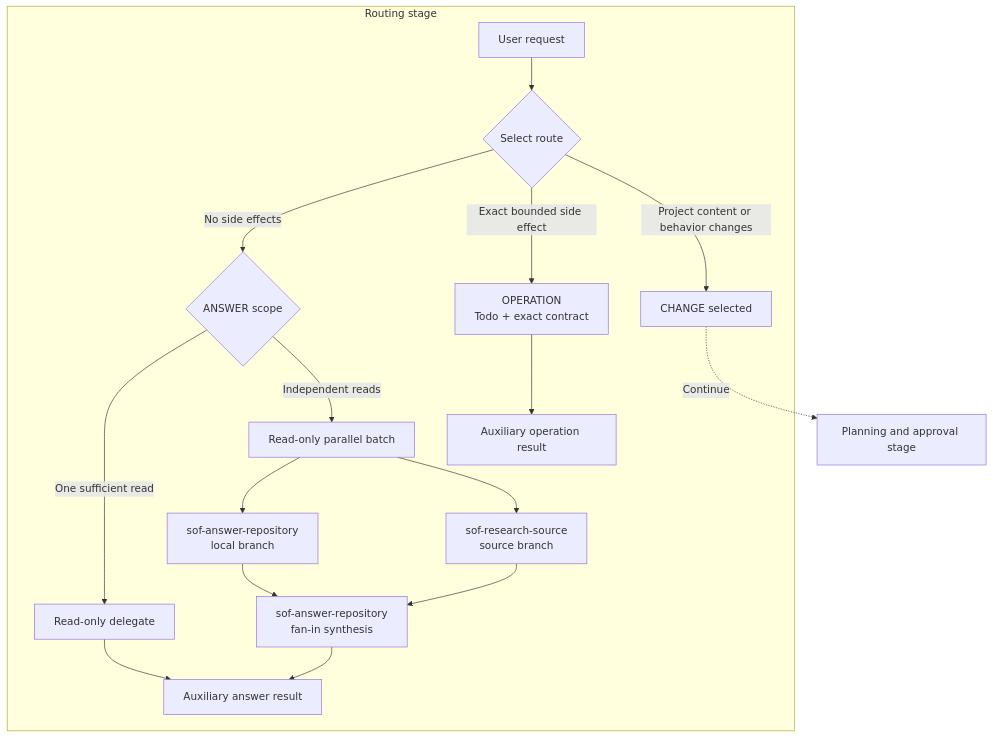
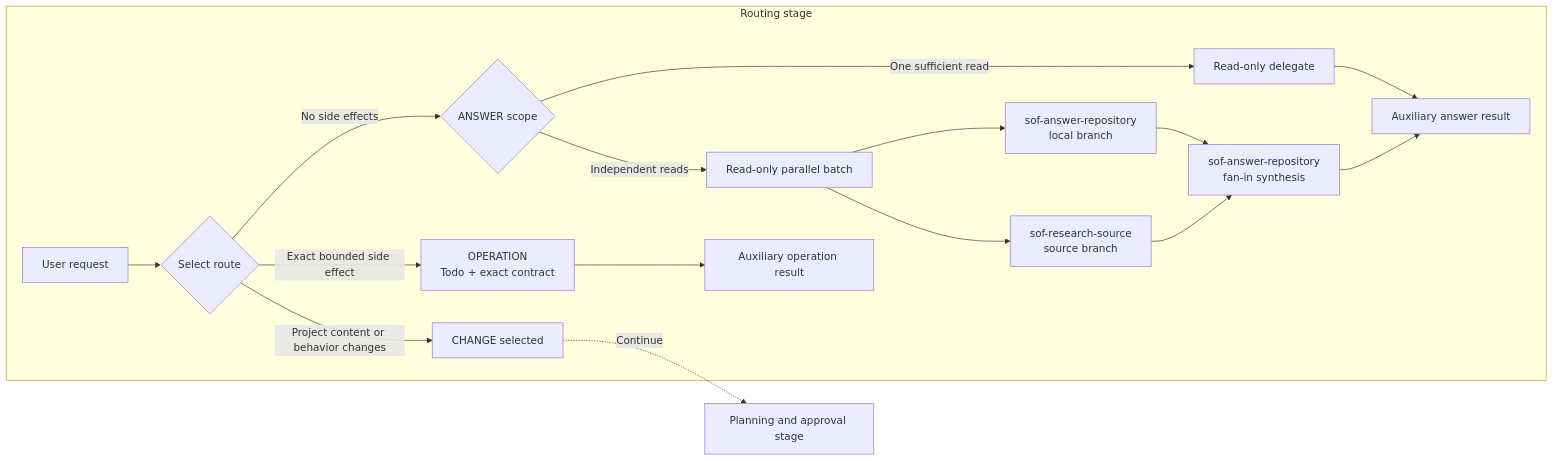
Before and after one commit to zhenyumi/simple-opencode-flow: the first of 3 diagrams in README.md, drawn with Mermaid. The commit also changed other lines of this file and 6 other files, not shown here.

````diff
--- a/README.md
+++ b/README.md
@@ -71,19 +71,19 @@
 ```mermaid
-flowchart TD
+flowchart LR
     subgraph ROUTING["Routing stage"]
         U["User request"] --> R{"Select route"}
         R -- "No side effects" --> A{"ANSWER scope"}
         A -- "One sufficient read" --> AD["Read-only delegate"]
         A -- "Independent reads" --> PB["Read-only parallel batch"]
         PB --> L["sof-answer-repository<br/>local branch"]
         PB --> S["sof-research-source<br/>source branch"]
         L --> SYN["sof-answer-repository<br/>fan-in synthesis"]
         S --> SYN
         AD --> AR["Auxiliary answer result"]
         SYN --> AR
         R -- "Exact bounded side effect" --> O["OPERATION<br/>Todo + exact contract"]
         R -- "Project content or behavior changes" --> C["CHANGE selected"]
         O --> OR["Auxiliary operation result"]
     end
     C -. "Continue" .-> PS["Planning and approval stage"]
 ```
````
